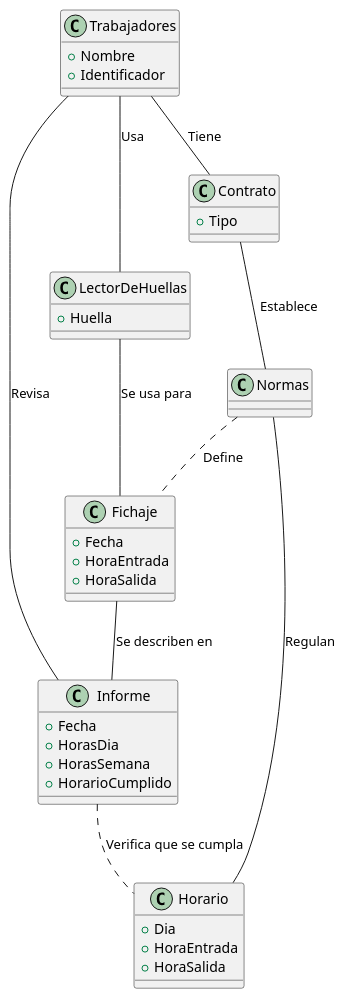
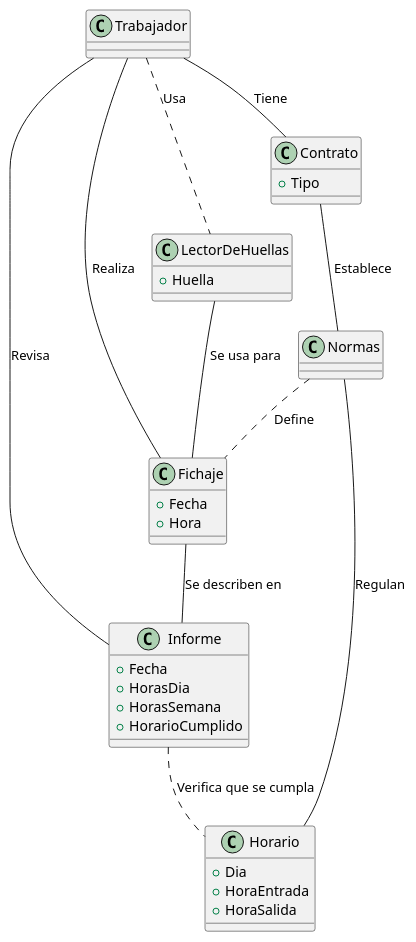
The diagram in modelosUML/modeloDominio.puml (mmasias/23-24-IdSw1-SDR), drawn with PlantUML before and after one commit. The commit also changed 1 other file, not shown here.

```diff
--- a/modelosUML/modeloDominio.puml
+++ b/modelosUML/modeloDominio.puml
@@ -1,41 +1,42 @@
 @startuml
-class Trabajadores{
-    + Nombre
-    + Identificador
+class Trabajador{
+   
 }
 class LectorDeHuellas{
     + Huella
 }
 class Fichaje{
     + Fecha
-    + HoraEntrada
-    + HoraSalida
+    + Hora
 }
 class Informe{
     + Fecha
     + HorasDia
     + HorasSemana
     +HorarioCumplido
 }
 class Horario{
     + Dia
     + HoraEntrada
     + HoraSalida
 }
 class Contrato{
     + Tipo
 }
 class Normas{
 
 }
 
-Trabajadores -- Contrato : Tiene
-Trabajadores -- LectorDeHuellas : Usa
+Trabajador -- Contrato : Tiene
+Trabajador .. LectorDeHuellas : Usa
 LectorDeHuellas -- Fichaje : Se usa para
 Fichaje -- Informe : Se describen en
 Informe .. Horario : Verifica que se cumpla
 Contrato -- Normas : Establece
 Normas-- Horario : Regulan
 Normas.. Fichaje : Define
-Trabajadores -- Informe : Revisa
+Trabajador -- Informe : Revisa
+Trabajador -- Fichaje :Realiza
+
+
 @enduml
```
